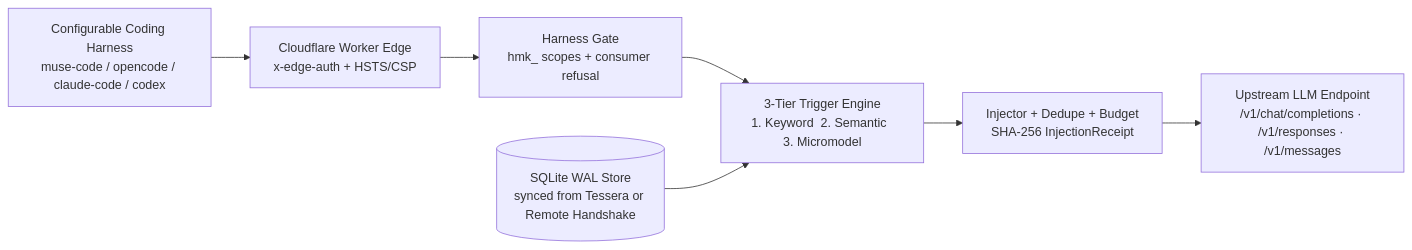
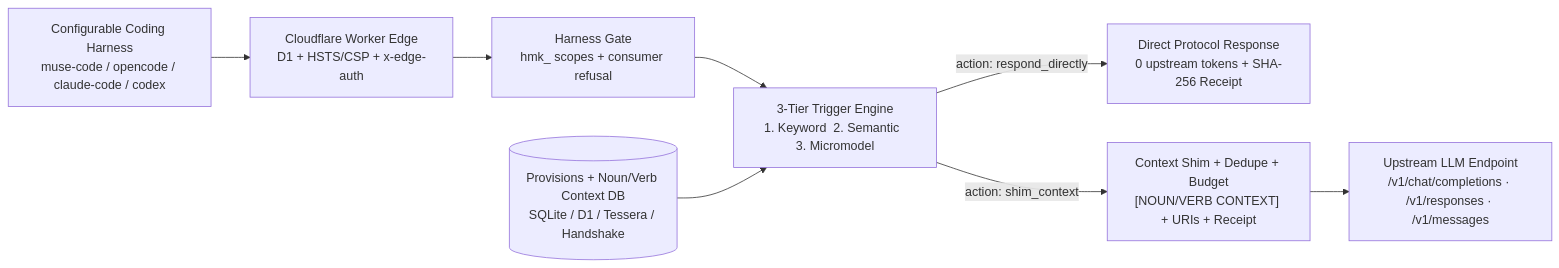
One commit to ta-amps/herma-infrastructure-shim-for-intelligent-agents changed the diagram in docs/architecture.md. Above: the diagram before and after it, drawn with Mermaid. The commit also changed other lines of this file and 28 other files, not shown here.

Commit message:
Implement context-shimming noun/verb database and direct responses

````diff
--- a/docs/architecture.md
+++ b/docs/architecture.md
@@ -5,9 +5,10 @@
 ```mermaid
 flowchart LR
-  H["Configurable Coding Harness<br/>muse-code / opencode / claude-code / codex"] --> E["Cloudflare Worker Edge<br/>x-edge-auth + HSTS/CSP"]
+  H["Configurable Coding Harness<br/>muse-code / opencode / claude-code / codex"] --> E["Cloudflare Worker Edge<br/>D1 + HSTS/CSP + x-edge-auth"]
   E --> G["Harness Gate<br/>hmk_ scopes + consumer refusal"]
   G --> T["3-Tier Trigger Engine<br/>1. Keyword  2. Semantic  3. Micromodel"]
-  S[("SQLite WAL Store<br/>synced from Tessera or Remote Handshake")] --> T
-  T --> I["Injector + Dedupe + Budget<br/>SHA-256 InjectionReceipt"]
+  S[("Provisions + Noun/Verb Context DB<br/>SQLite / D1 / Tessera / Handshake")] --> T
+  T -->|"action: respond_directly"| D["Direct Protocol Response<br/>0 upstream tokens + SHA-256 Receipt"]
+  T -->|"action: shim_context"| I["Context Shim + Dedupe + Budget<br/>[NOUN/VERB CONTEXT] + URIs + Receipt"]
   I --> U["Upstream LLM Endpoint<br/>/v1/chat/completions · /v1/responses · /v1/messages"]
 ```
````
